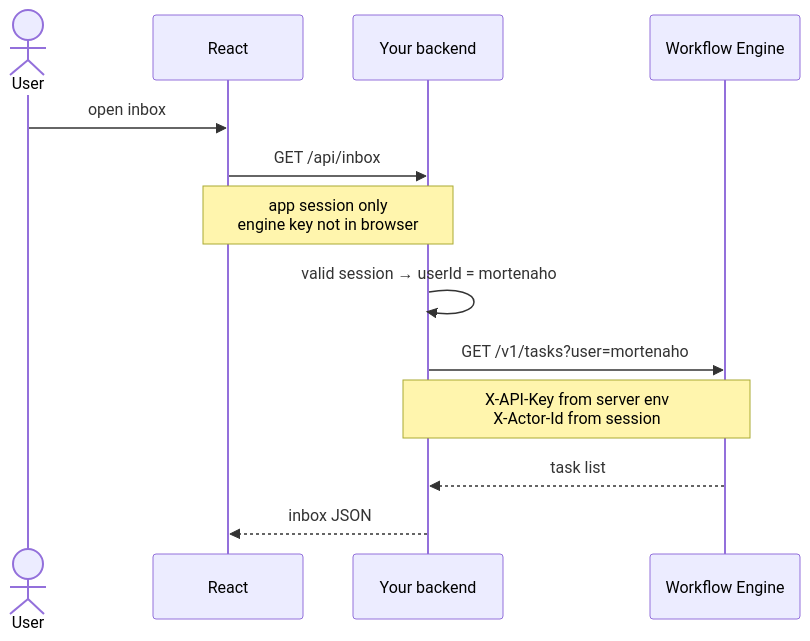
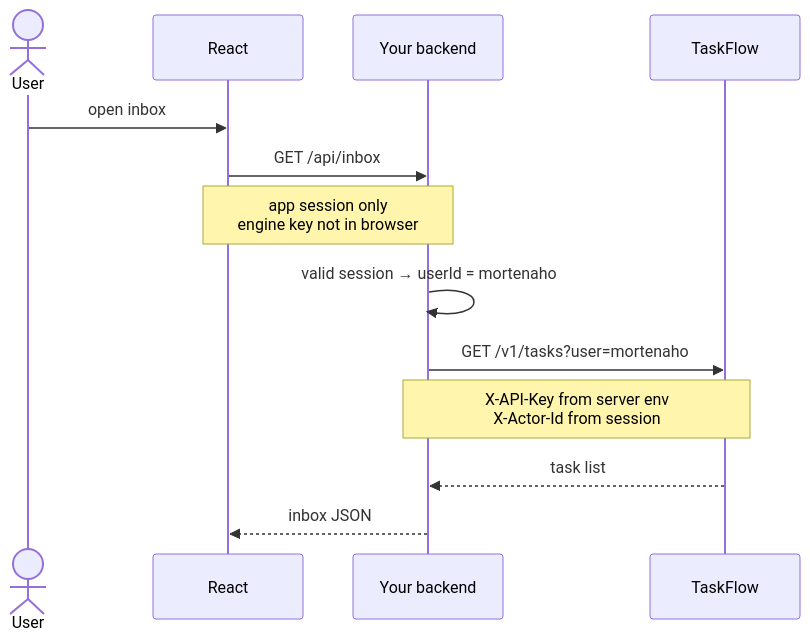
The fifth of 6 diagrams in docs/architecture.md (mortenaho/WorkFlowEngine), drawn with Mermaid before and after one commit. The commit also changed other lines of this file and 182 other files, not shown here.

Commit message:
Refactor project structure and rename WorkflowEngine to TaskFlow. Update Dockerfile, README, and documentation to reflect the new naming conventions and project organization. Remove obsolete application components and enhance examples for clarity in usage scenarios.

````diff
--- a/docs/architecture.md
+++ b/docs/architecture.md
@@ -265,16 +291,16 @@
 ```mermaid
 sequenceDiagram
   actor User
   participant React
   participant BFF as Your backend
-  participant Engine as Workflow Engine
+  participant Engine as TaskFlow
 
   User->>React: open inbox
   React->>BFF: GET /api/inbox
   Note over React,BFF: app session only<br/>engine key not in browser
   BFF->>BFF: valid session → userId = mortenaho
   BFF->>Engine: GET /v1/tasks?user=mortenaho
   Note over BFF,Engine: X-API-Key from server env<br/>X-Actor-Id from session
   Engine-->>BFF: task list
   BFF-->>React: inbox JSON
 ```
````
